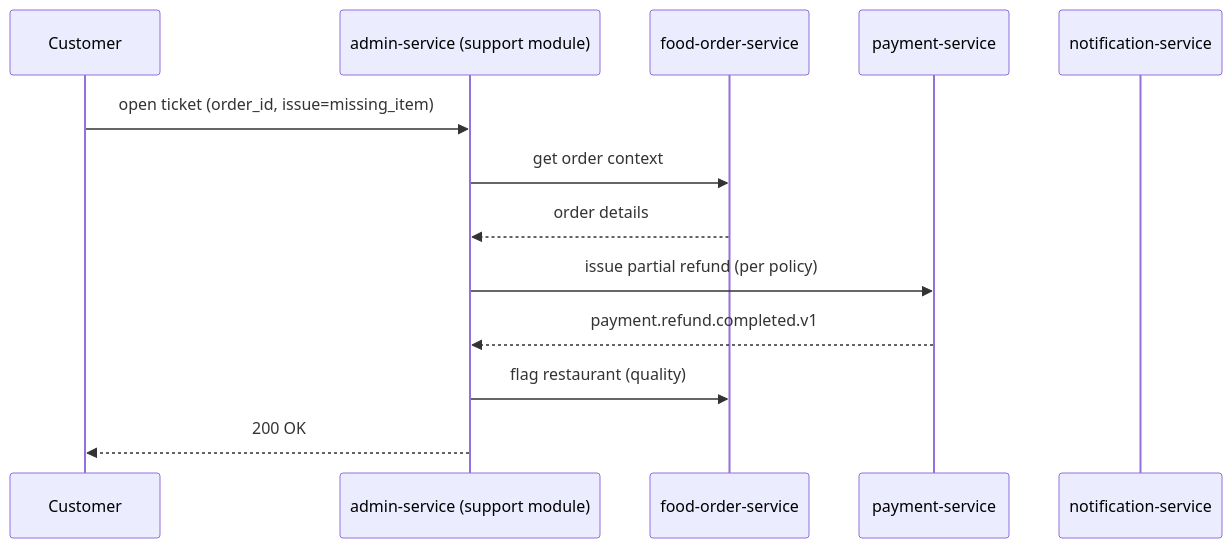
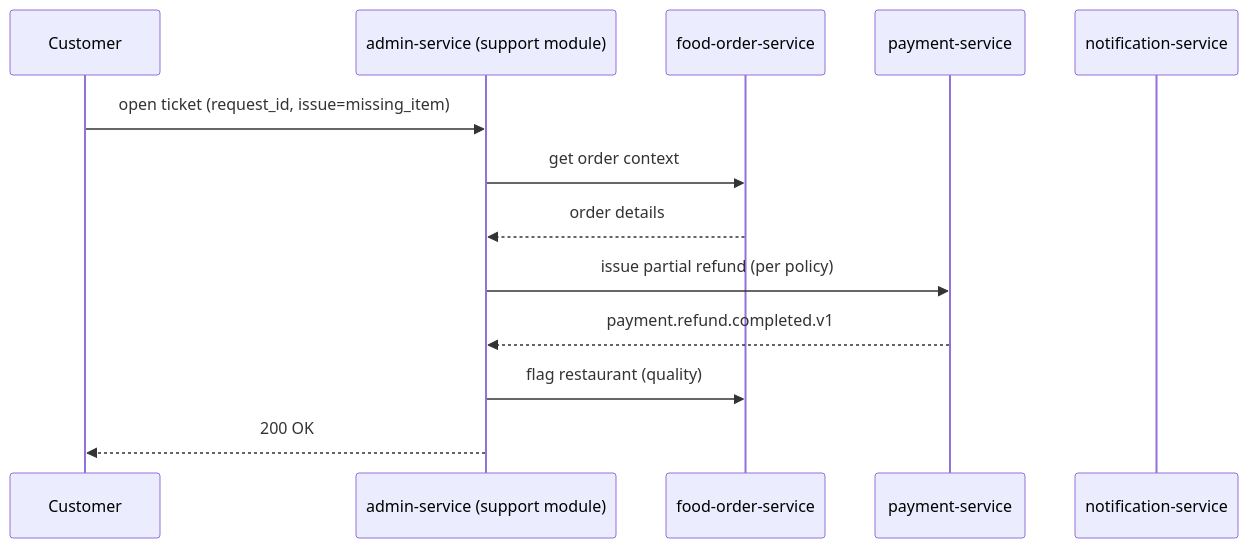
One commit to mohamedhabibwork/trips-enjoy-docs changed diagram 11 of 13 in docs/workflows/FOOD_ORDER_WORKFLOWS.md. Above: the diagram before and after it, drawn with Mermaid. The commit also changed other lines of this file and 201 other files, not shown here.

````diff
--- a/docs/workflows/FOOD_ORDER_WORKFLOWS.md
+++ b/docs/workflows/FOOD_ORDER_WORKFLOWS.md
@@ -286,16 +324,16 @@
 ```mermaid
 sequenceDiagram
     participant C as Customer
     participant ADM as admin-service (support module)
     participant FOR as food-order-service
     participant PAY as payment-service
     participant NOT as notification-service
 
-    C->>ADM: open ticket (order_id, issue=missing_item)
+    C->>ADM: open ticket (request_id, issue=missing_item)
     ADM->>FOR: get order context
     FOR-->>ADM: order details
     ADM->>PAY: issue partial refund (per policy)
     PAY-->>ADM: payment.refund.completed.v1
     ADM->>FOR: flag restaurant (quality)
     ADM-->>C: 200 OK
 ```
````
